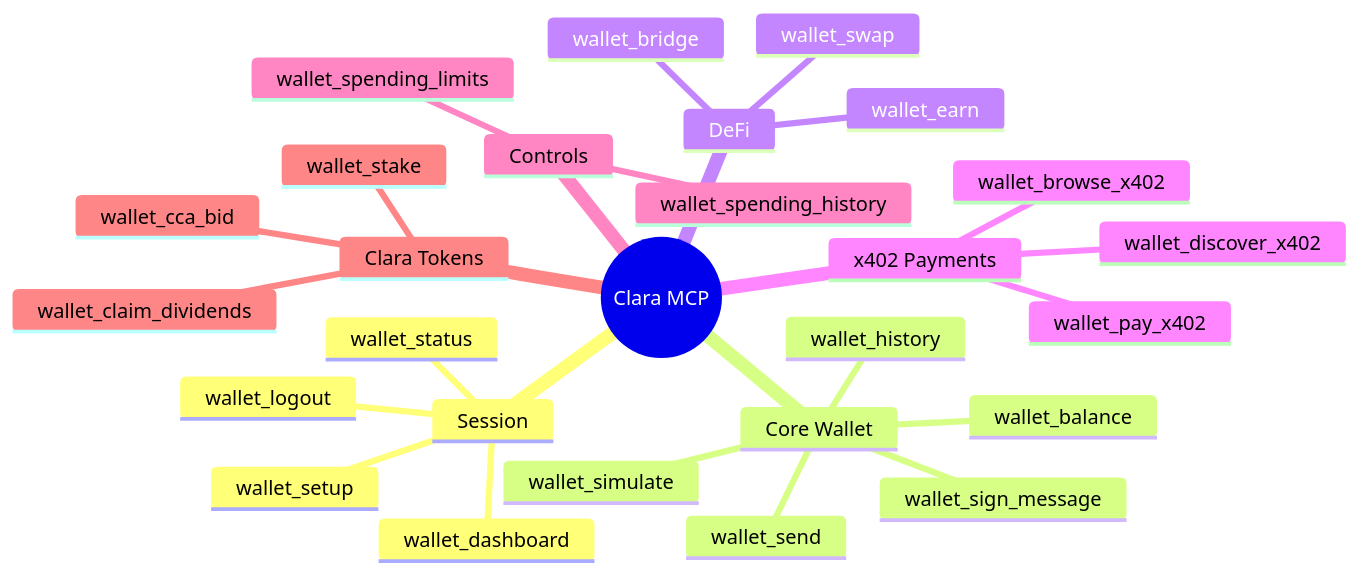
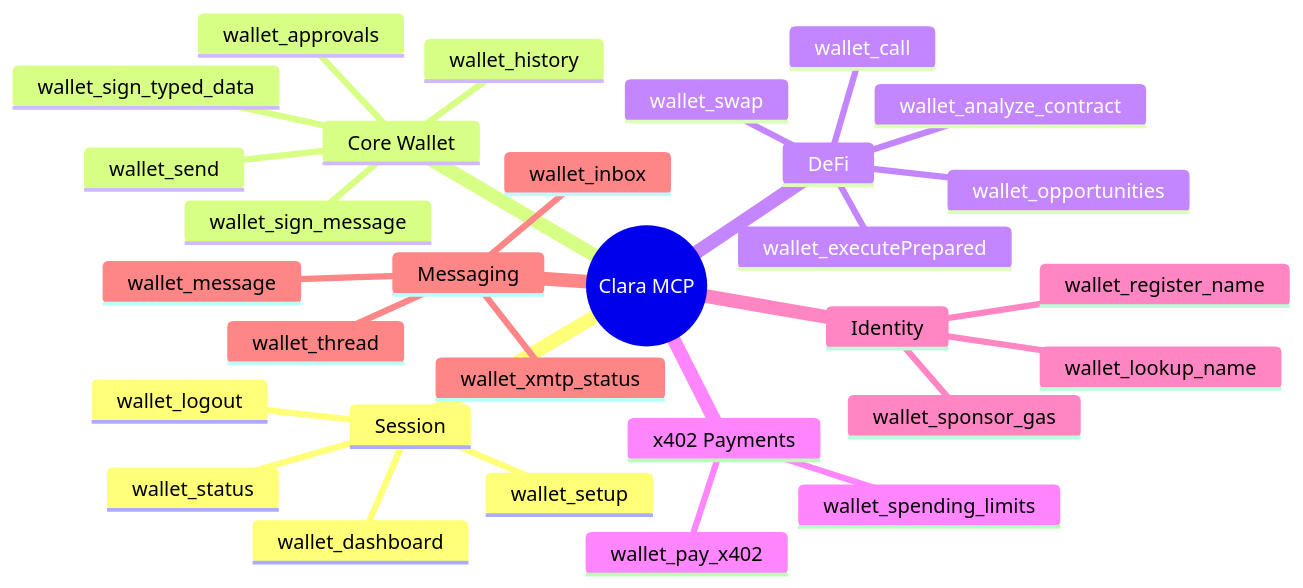
One commit to bflynn4141/clara-mcp changed the fifth of 5 diagrams in docs/diagrams/CLARA_SYSTEM.md. Above: the diagram before and after it, drawn with Mermaid. The commit also changed other lines of this file and 135 other files, not shown here.

````diff
--- a/docs/diagrams/CLARA_SYSTEM.md
+++ b/docs/diagrams/CLARA_SYSTEM.md
@@ -169,30 +133,33 @@
 ```mermaid
 mindmap
   root((Clara MCP))
     Session
       wallet_setup
       wallet_status
       wallet_logout
       wallet_dashboard
     Core Wallet
-      wallet_balance
       wallet_send
       wallet_sign_message
+      wallet_sign_typed_data
       wallet_history
-      wallet_simulate
+      wallet_approvals
     DeFi
       wallet_swap
-      wallet_bridge
-      wallet_earn
+      wallet_opportunities
+      wallet_call
+      wallet_executePrepared
+      wallet_analyze_contract
     x402 Payments
       wallet_pay_x402
-      wallet_discover_x402
-      wallet_browse_x402
-    Controls
       wallet_spending_limits
-      wallet_spending_history
-    Clara Tokens
-      wallet_cca_bid
-      wallet_stake
-      wallet_claim_dividends
+    Identity
+      wallet_register_name
+      wallet_lookup_name
+      wallet_sponsor_gas
+    Messaging
+      wallet_message
+      wallet_inbox
+      wallet_thread
+      wallet_xmtp_status
 ```
````
